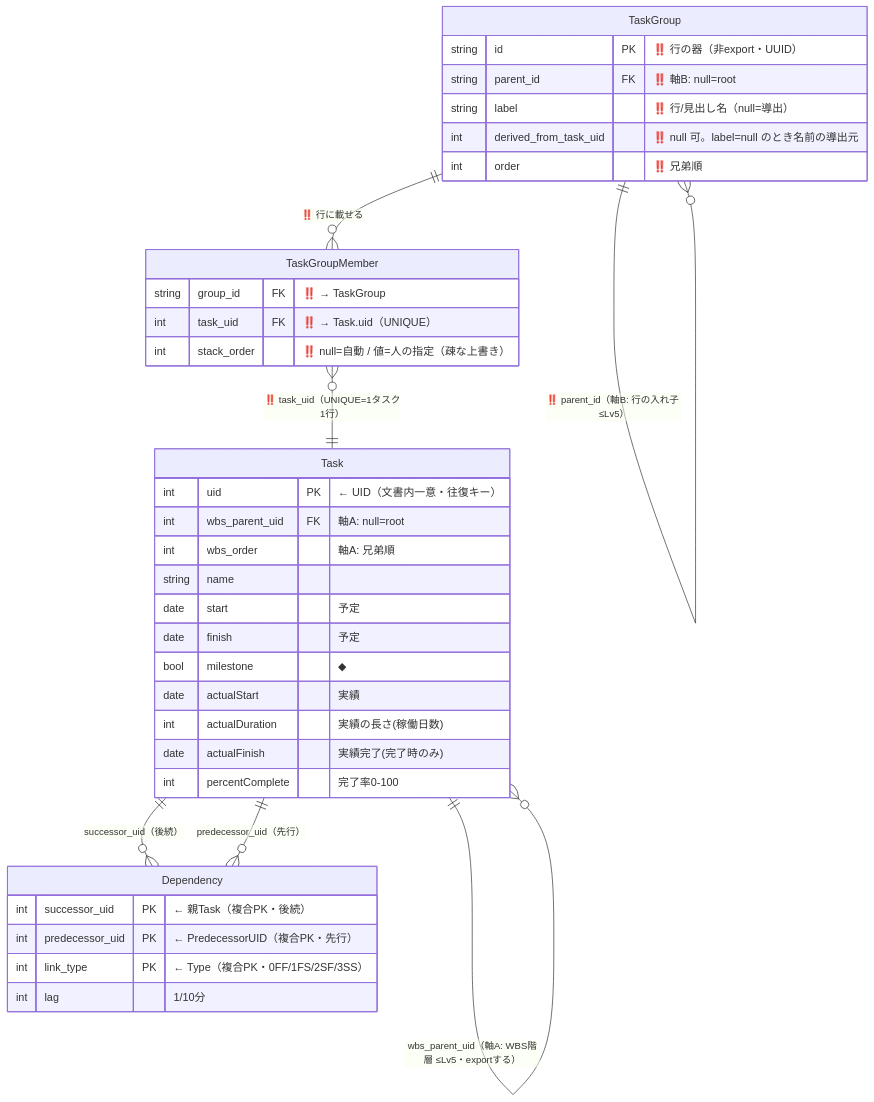
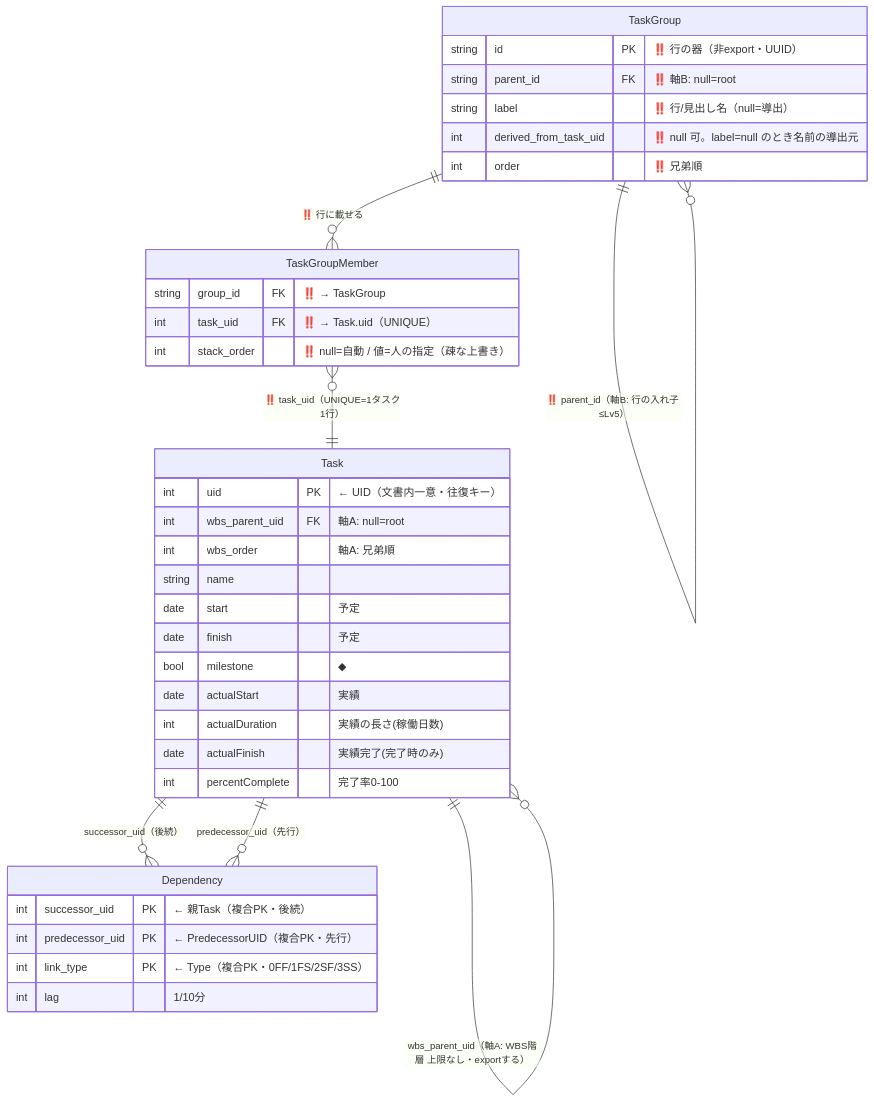
Before and after one commit to GoodRelax/gr-scheduler: the first of 2 diagrams in handover/02-data-model/grs-native-erd-ja.md, drawn with Mermaid. The commit also changed other lines of this file and 6 other files, not shown here.

First line of the commit message:
Stop clamping WBS depth; count it from the parent chain

````diff
--- a/handover/02-data-model/grs-native-erd-ja.md
+++ b/handover/02-data-model/grs-native-erd-ja.md
@@ -142,41 +142,41 @@
 ```mermaid
 erDiagram
-    Task ||--o{ Task : "wbs_parent_uid（軸A: WBS階層 ≤Lv5・exportする）"
+    Task ||--o{ Task : "wbs_parent_uid（軸A: WBS階層 上限なし・exportする）"
     TaskGroup ||--o{ TaskGroup : "‼️ parent_id（軸B: 行の入れ子 ≤Lv5）"
     TaskGroup ||--o{ TaskGroupMember : "‼️ 行に載せる"
     TaskGroupMember }o--|| Task : "‼️ task_uid（UNIQUE=1タスク1行）"
     Task ||--o{ Dependency : "successor_uid（後続）"
     Task ||--o{ Dependency : "predecessor_uid（先行）"
 
     Task {
         int uid PK "← UID（文書内一意・往復キー）"
         int wbs_parent_uid FK "軸A: null=root"
         int wbs_order "軸A: 兄弟順"
         string name
         date start "予定"
         date finish "予定"
         bool milestone "◆"
         date actualStart "実績"
         int actualDuration "実績の長さ(稼働日数)"
         date actualFinish "実績完了(完了時のみ)"
         int percentComplete "完了率0-100"
     }
     TaskGroup {
         string id PK "‼️ 行の器（非export・UUID）"
         string parent_id FK "‼️ 軸B: null=root"
         string label "‼️ 行/見出し名（null=導出）"
         int derived_from_task_uid "‼️ null 可。label=null のとき名前の導出元"
         int order "‼️ 兄弟順"
     }
     TaskGroupMember {
         string group_id FK "‼️ → TaskGroup"
         int task_uid FK "‼️ → Task.uid（UNIQUE）"
         int stack_order "‼️ null=自動 / 値=人の指定（疎な上書き）"
     }
     Dependency {
         int successor_uid PK "← 親Task（複合PK・後続）"
         int predecessor_uid PK "← PredecessorUID（複合PK・先行）"
         int link_type PK "← Type（複合PK・0FF/1FS/2SF/3SS）"
         int lag "1/10分"
     }
 ```
````
